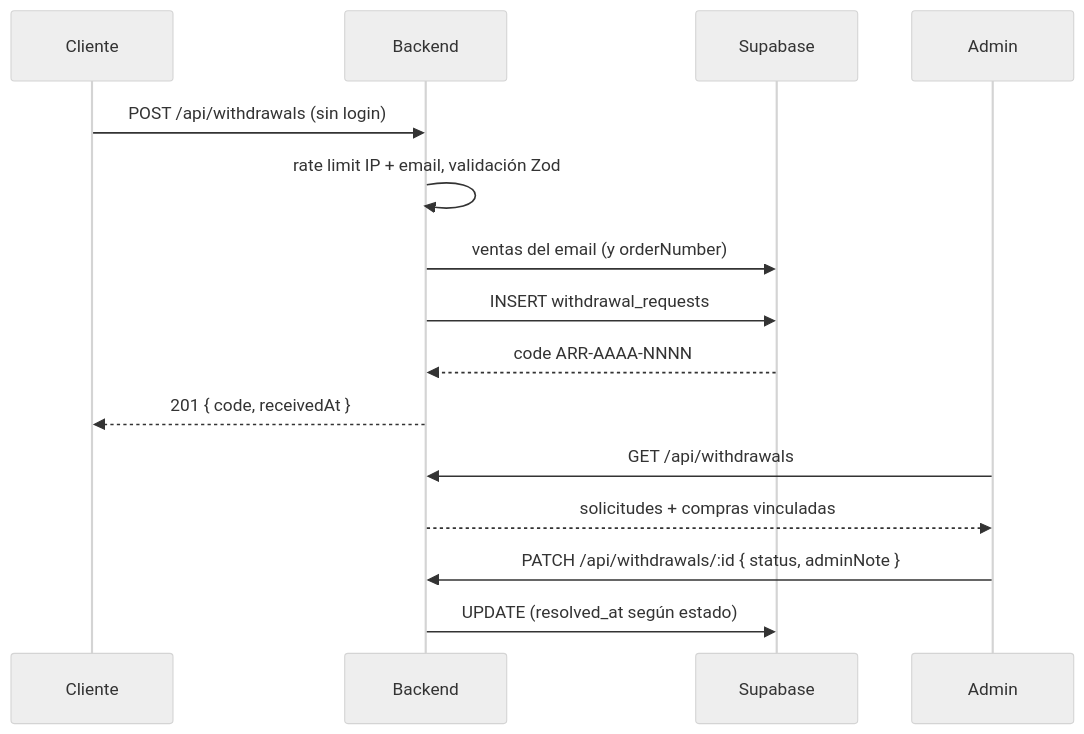
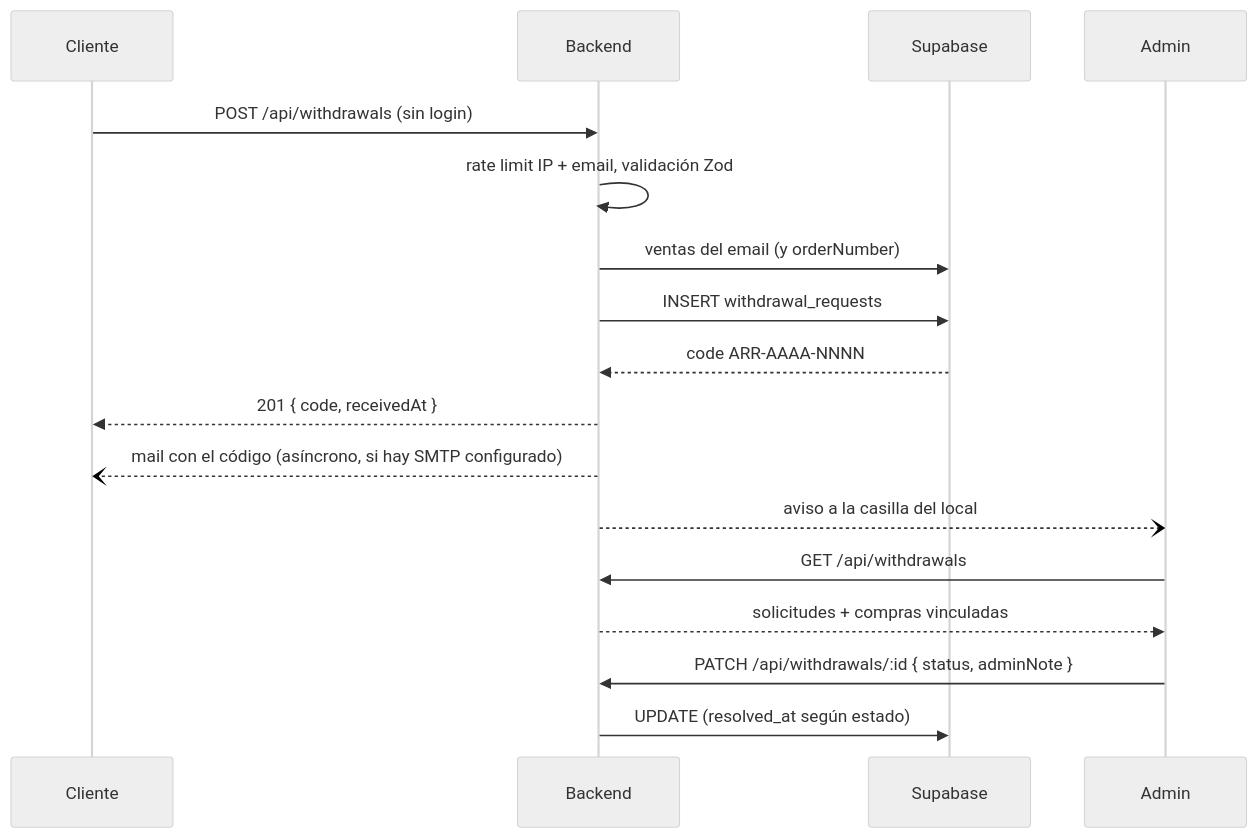
One commit to B-ayala/LIA-BACK changed the first of 2 diagrams in docs/flows/flow-arrepentimiento.md. Above: the diagram before and after it, drawn with Mermaid (neutral theme). The commit also changed other lines of this file and 28 other files, not shown here.

````diff
--- a/docs/flows/flow-arrepentimiento.md
+++ b/docs/flows/flow-arrepentimiento.md
@@ -37,17 +37,19 @@
 ```mermaid
 sequenceDiagram
   participant C as Cliente
   participant API as Backend
   participant DB as Supabase
   participant A as Admin
   C->>API: POST /api/withdrawals (sin login)
   API->>API: rate limit IP + email, validación Zod
   API->>DB: ventas del email (y orderNumber)
   API->>DB: INSERT withdrawal_requests
   DB-->>API: code ARR-AAAA-NNNN
   API-->>C: 201 { code, receivedAt }
+  API--)C: mail con el código (asíncrono, si hay SMTP configurado)
+  API--)A: aviso a la casilla del local
   A->>API: GET /api/withdrawals
   API-->>A: solicitudes + compras vinculadas
   A->>API: PATCH /api/withdrawals/:id { status, adminNote }
   API->>DB: UPDATE (resolved_at según estado)
 ```
````
